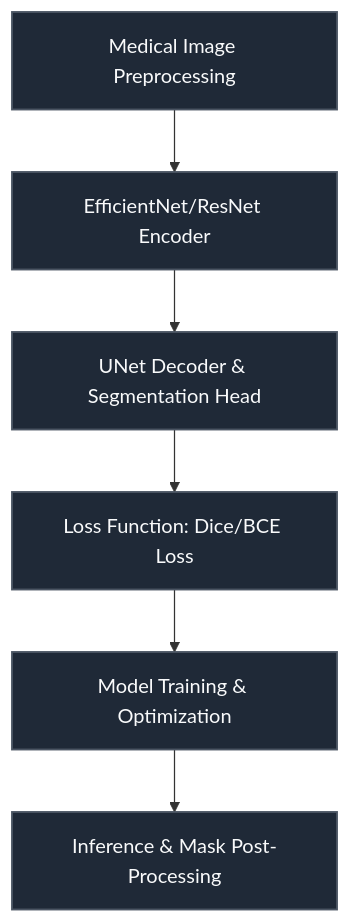
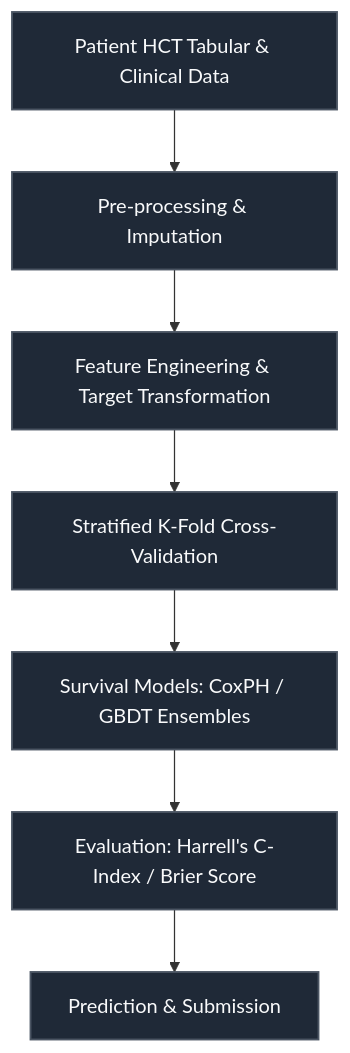
The diagram in README.md (RAFIRE-ESSE/CIBMTR-Equity-in-Post-HCT-Survival-Predictions), drawn with Mermaid before and after one commit.

````diff
--- a/README.md
+++ b/README.md
@@ -27,14 +27,16 @@
 ```mermaid
 flowchart TD
-    Images[Medical Image Preprocessing] --> Encoder[EfficientNet/ResNet Encoder]
-    Encoder --> Decoder[UNet Decoder & Segmentation Head]
-    Decoder --> Loss[Loss Function: Dice/BCE Loss]
-    Loss --> Train[Model Training & Optimization]
-    Train --> Inf[Inference & Mask Post-Processing]
-    style Images fill:#1f2937,stroke:#4b5563,stroke-width:1.5px,color:#f9fafb
-    style Encoder fill:#1f2937,stroke:#4b5563,stroke-width:1.5px,color:#f9fafb
-    style Decoder fill:#1f2937,stroke:#4b5563,stroke-width:1.5px,color:#f9fafb
-    style Loss fill:#1f2937,stroke:#4b5563,stroke-width:1.5px,color:#f9fafb
-    style Train fill:#1f2937,stroke:#4b5563,stroke-width:1.5px,color:#f9fafb
-    style Inf fill:#1f2937,stroke:#4b5563,stroke-width:1.5px,color:#f9fafb
+    Data[Patient HCT Tabular & Clinical Data] --> Pre[Pre-processing & Imputation]
+    Pre --> Features[Feature Engineering & Target Transformation]
+    Features --> CV[Stratified K-Fold Cross-Validation]
+    CV --> Models[Survival Models: CoxPH / GBDT Ensembles]
+    Models --> Eval[Evaluation: Harrell's C-Index / Brier Score]
+    Eval --> Pred[Prediction & Submission]
+    style Data fill:#1f2937,stroke:#4b5563,stroke-width:1.5px,color:#f9fafb
+    style Pre fill:#1f2937,stroke:#4b5563,stroke-width:1.5px,color:#f9fafb
+    style Features fill:#1f2937,stroke:#4b5563,stroke-width:1.5px,color:#f9fafb
+    style CV fill:#1f2937,stroke:#4b5563,stroke-width:1.5px,color:#f9fafb
+    style Models fill:#1f2937,stroke:#4b5563,stroke-width:1.5px,color:#f9fafb
+    style Eval fill:#1f2937,stroke:#4b5563,stroke-width:1.5px,color:#f9fafb
+    style Pred fill:#1f2937,stroke:#4b5563,stroke-width:1.5px,color:#f9fafb
 ```
````
